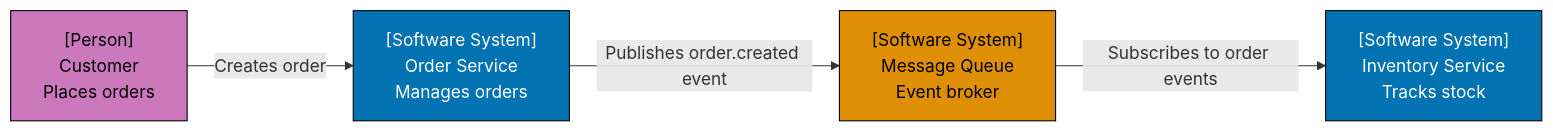
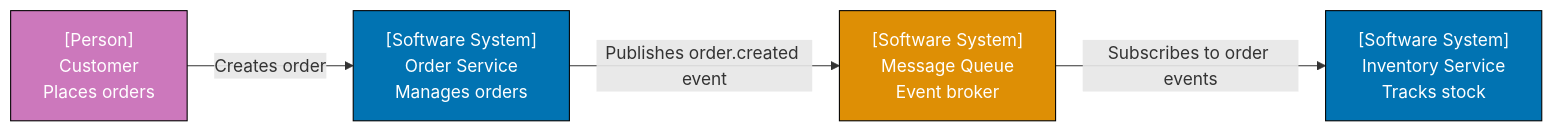
One commit to wahidyankf/open-sharia-enterprise changed the seventh of 30 diagrams in apps/ayokoding-web/content/en/learn/software-engineering/architecture/c4-architecture-model/by-example/beginner.md. Above: the diagram before and after it, drawn with Mermaid. The commit also changed other lines of this file and 61 other files, not shown here.

First line of the commit message:
fix(ayokoding-web): quote Mermaid node labels with special characters in Example 63

````diff
--- a/apps/ayokoding-web/content/en/learn/software-engineering/architecture/c4-architecture-model/by-example/beginner.md
+++ b/apps/ayokoding-web/content/en/learn/software-engineering/architecture/c4-architecture-model/by-example/beginner.md
@@ -224,17 +224,17 @@
 ```mermaid
 graph LR
     User["[Person]<br/>Customer<br/>Places orders"]
 
     OrderService["[Software System]<br/>Order Service<br/>Manages orders"]
     InventoryService["[Software System]<br/>Inventory Service<br/>Tracks stock"]
     MessageQueue["[Software System]<br/>Message Queue<br/>Event broker"]
 
     User -->|"Creates order"| OrderService
     OrderService -->|"Publishes order.created event"| MessageQueue
     MessageQueue -->|"Subscribes to order events"| InventoryService
 
-    style User fill:#CC78BC,stroke:#000,color:#000
+    style User fill:#CC78BC,stroke:#000,color:#fff
     style OrderService fill:#0173B2,stroke:#000,color:#fff
     style InventoryService fill:#0173B2,stroke:#000,color:#fff
-    style MessageQueue fill:#DE8F05,stroke:#000,color:#000
+    style MessageQueue fill:#DE8F05,stroke:#000,color:#fff
 ```
````
